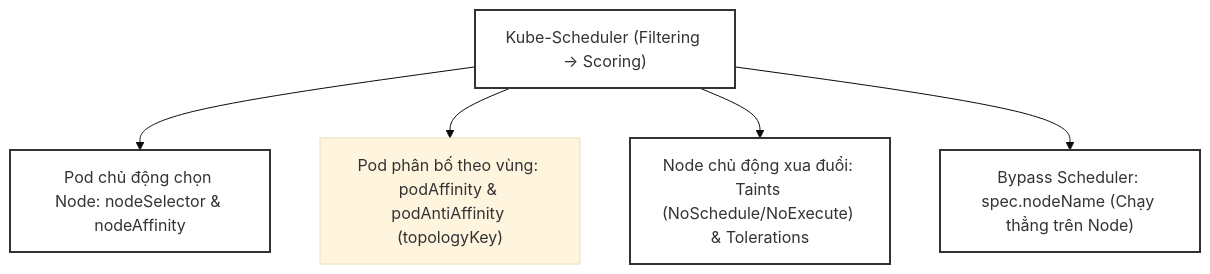
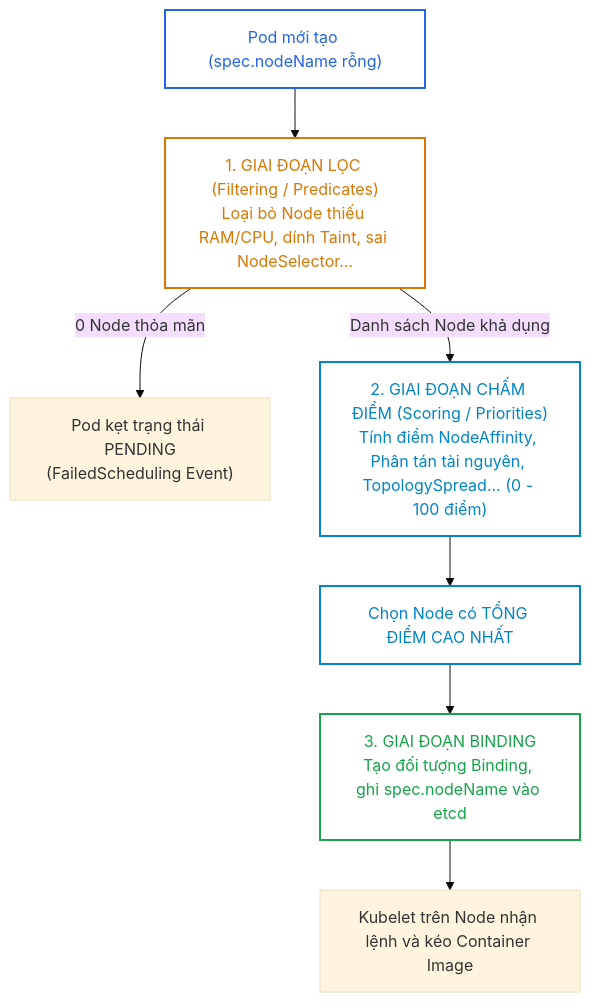
Before and after one commit to kiennt308/ntk: the first of 2 diagrams in _posts/2026-09-12-cka-17-17-scheduler-va-rang-buoc-dat-pod.md, drawn with Mermaid (base theme). The commit also changed other lines of this file and 39 other files, not shown here.

````diff
--- a/_posts/2026-09-12-cka-17-17-scheduler-va-rang-buoc-dat-pod.md
+++ b/_posts/2026-09-12-cka-17-17-scheduler-va-rang-buoc-dat-pod.md
@@ -400,12 +47,16 @@
 ```mermaid
-graph TD
-    A["Kube-Scheduler (Filtering -> Scoring)"] --> B["Pod chủ động chọn Node: nodeSelector & nodeAffinity"]
-    A --> C["Pod phân bố theo vùng: podAffinity & podAntiAffinity (topologyKey)"]
-    A --> D["Node chủ động xua đuổi: Taints (NoSchedule/NoExecute) & Tolerations"]
-    A --> E["Bypass Scheduler: spec.nodeName (Chạy thẳng trên Node)"]
+flowchart TD
+    classDef start fill:none,stroke:#2563eb,stroke-width:2px,color:#2563eb;
+    classDef filter fill:none,stroke:#d97706,stroke-width:2px,color:#d97706;
+    classDef score fill:none,stroke:#0284c7,stroke-width:2px,color:#0284c7;
+    classDef bind fill:none,stroke:#16a34a,stroke-width:2px,color:#16a34a;
 
-    style A fill:none,stroke:#333,stroke-width:2px
-    style B fill:none,stroke:#333,stroke-width:2px
-    style D fill:none,stroke:#333,stroke-width:2px
-    style E fill:none,stroke:#333,stroke-width:2px
+    PodNew["Pod mới tạo (spec.nodeName rỗng)"]:::start --> FilterPhase["1. GIAI ĐOẠN LỌC (Filtering / Predicates)<br>Loại bỏ Node thiếu RAM/CPU, dính Taint, sai NodeSelector..."]:::filter
+    
+    FilterPhase -- "0 Node thỏa mãn" --> PendingState["Pod kẹt trạng thái PENDING<br>(FailedScheduling Event)"]
+    FilterPhase -- "Danh sách Node khả dụng" --> ScorePhase["2. GIAI ĐOẠN CHẤM ĐIỂM (Scoring / Priorities)<br>Tính điểm NodeAffinity, Phân tán tài nguyên, TopologySpread... (0 - 100 điểm)"]:::score
+    
+    ScorePhase --> PickWinner["Chọn Node có TỔNG ĐIỂM CAO NHẤT"]:::score
+    PickWinner --> BindPhase["3. GIAI ĐOẠN BINDING<br>Tạo đối tượng Binding, ghi spec.nodeName vào etcd"]:::bind
+    BindPhase --> KubeletExec["Kubelet trên Node nhận lệnh và kéo Container Image"]
 ```
````
